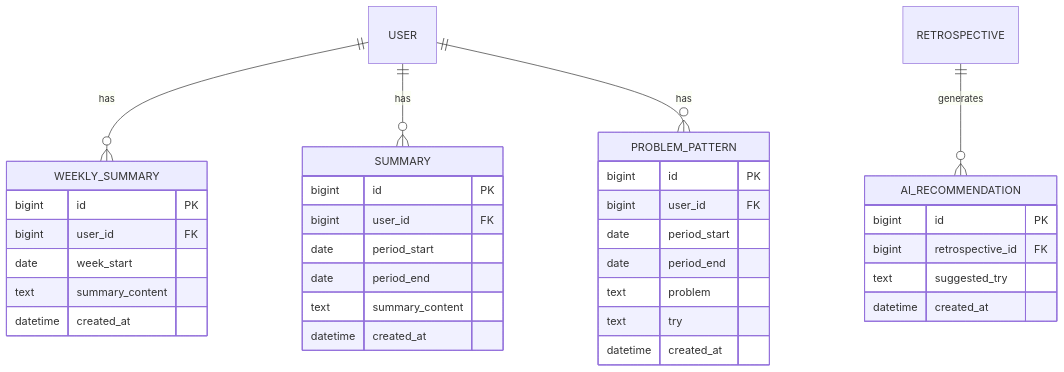
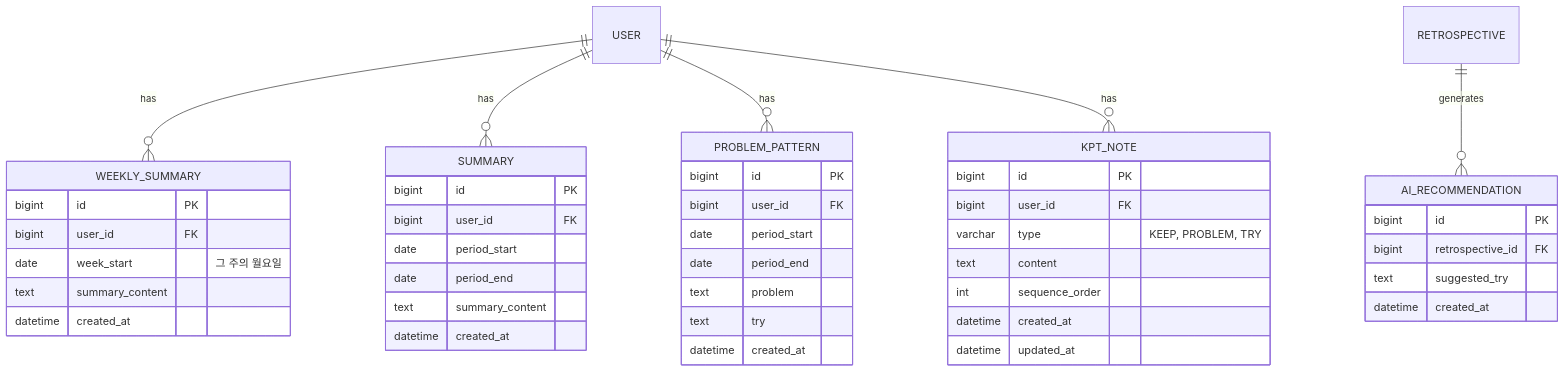
Before and after one commit to rnk00/retrospection: the second of 2 diagrams in docs/02. erd.md, drawn with Mermaid. The commit also changed other lines of this file and 4 other files, not shown here.

````diff
--- a/docs/02. erd.md
+++ b/docs/02. erd.md
@@ -156,41 +164,52 @@
 ```mermaid
 erDiagram
     USER ||--o{ WEEKLY_SUMMARY : has
     USER ||--o{ SUMMARY : has
     USER ||--o{ PROBLEM_PATTERN : has
+    USER ||--o{ KPT_NOTE : has
     RETROSPECTIVE ||--o{ AI_RECOMMENDATION : generates
+
+    KPT_NOTE {
+        bigint id PK
+        bigint user_id FK
+        varchar type "KEEP, PROBLEM, TRY"
+        text content
+        int sequence_order
+        datetime created_at
+        datetime updated_at
+    }
 
     AI_RECOMMENDATION {
         bigint id PK
         bigint retrospective_id FK
         text suggested_try
         datetime created_at
     }
 
     WEEKLY_SUMMARY {
         bigint id PK
         bigint user_id FK
-        date week_start
+        date week_start "그 주의 월요일"
         text summary_content
         datetime created_at
     }
 
     SUMMARY {
         bigint id PK
         bigint user_id FK
         date period_start
         date period_end
         text summary_content
         datetime created_at
     }
 
     PROBLEM_PATTERN {
         bigint id PK
         bigint user_id FK
         date period_start
         date period_end
         text problem
         text try
         datetime created_at
     }
 ```
````
